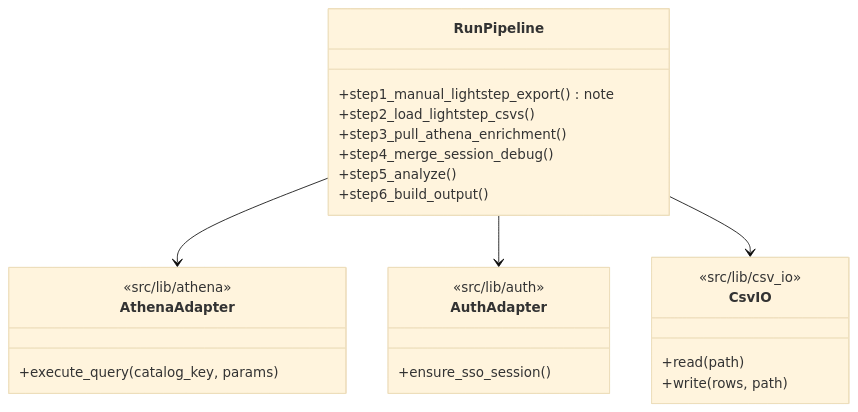
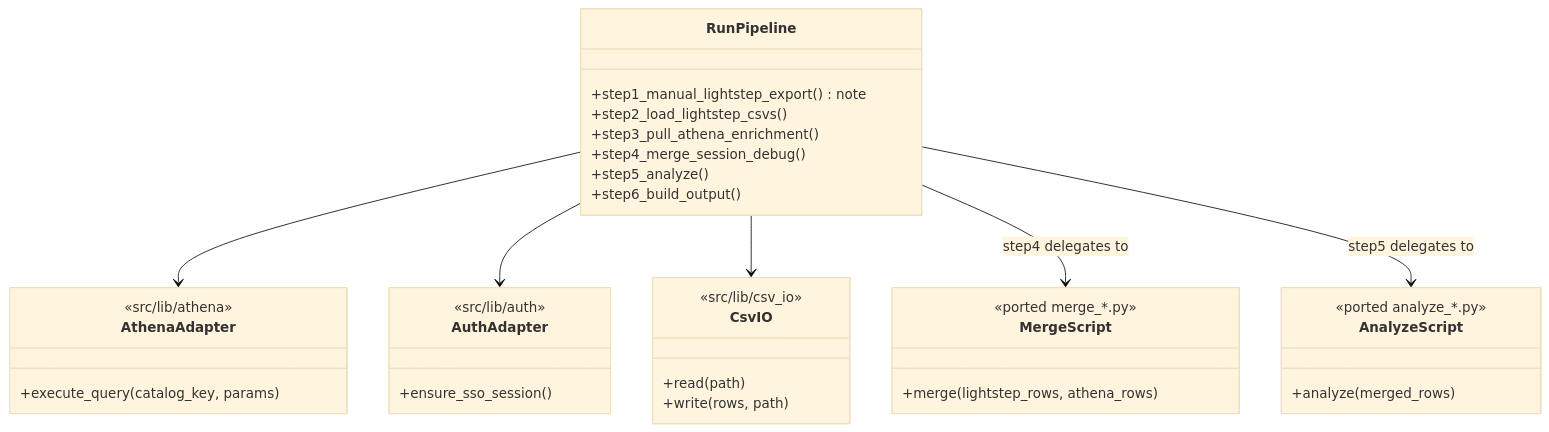
One commit to abhadrasyna/ih-trace-lab changed the first of 3 diagrams in docs/plan/pipeline-migration/ctap-smvod-investigation-migration/stories.md. Above: the diagram before and after it, drawn with Mermaid (base theme). The commit also changed other lines of this file and 13 other files, not shown here.

````diff
--- a/docs/plan/pipeline-migration/ctap-smvod-investigation-migration/stories.md
+++ b/docs/plan/pipeline-migration/ctap-smvod-investigation-migration/stories.md
@@ -42,27 +42,37 @@
 ```mermaid
 classDiagram
     class RunPipeline {
         +step1_manual_lightstep_export() note
         +step2_load_lightstep_csvs()
         +step3_pull_athena_enrichment()
         +step4_merge_session_debug()
         +step5_analyze()
         +step6_build_output()
+    }
+    class MergeScript {
+        <<ported merge_*.py>>
+        +merge(lightstep_rows, athena_rows)
+    }
+    class AnalyzeScript {
+        <<ported analyze_*.py>>
+        +analyze(merged_rows)
     }
     class AthenaAdapter {
         <<src/lib/athena>>
         +execute_query(catalog_key, params)
     }
     class AuthAdapter {
         <<src/lib/auth>>
         +ensure_sso_session()
     }
     class CsvIO {
         <<src/lib/csv_io>>
         +read(path)
         +write(rows, path)
     }
     RunPipeline --> AthenaAdapter
     RunPipeline --> AuthAdapter
     RunPipeline --> CsvIO
+    RunPipeline --> MergeScript : step4 delegates to
+    RunPipeline --> AnalyzeScript : step5 delegates to
 ```
````
